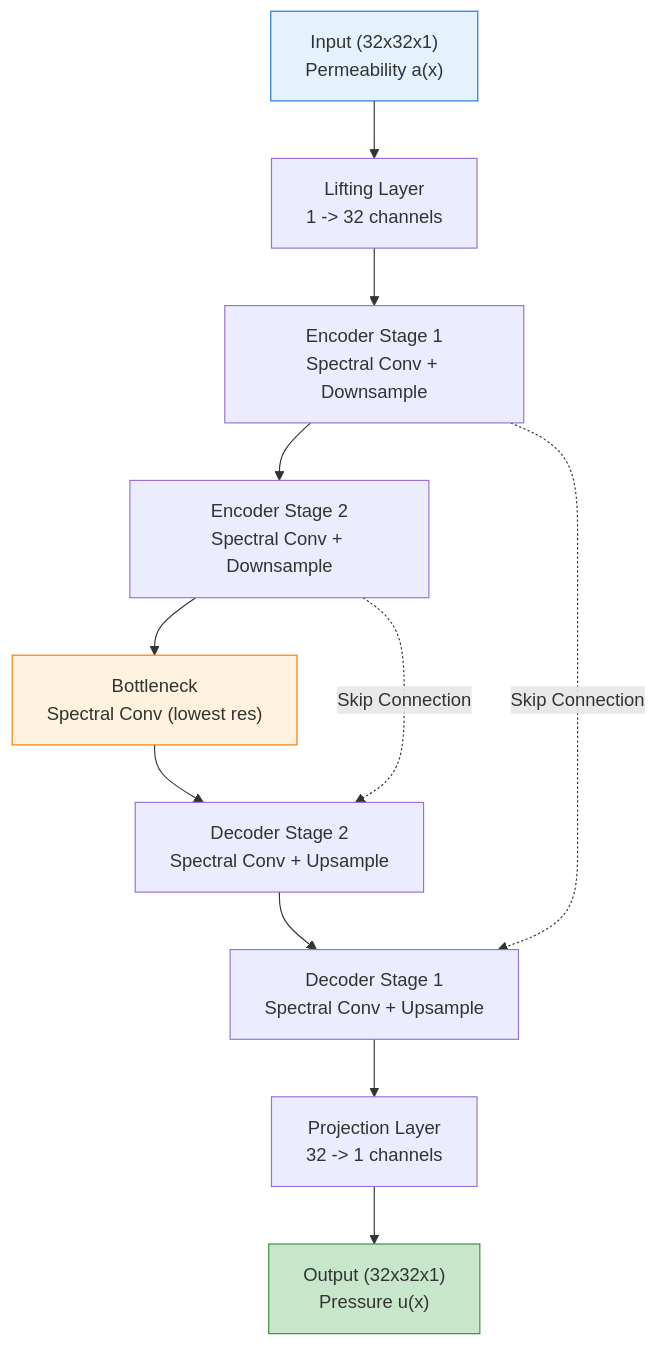
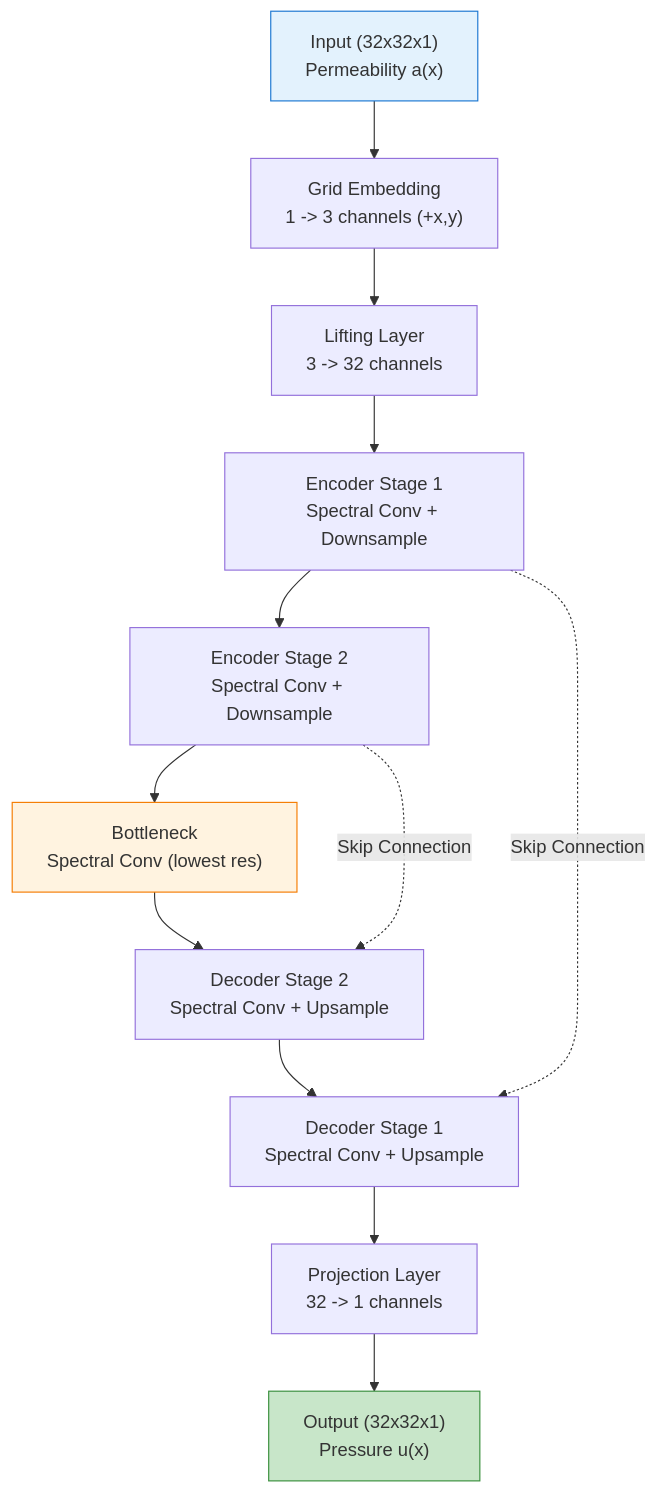
One commit to avitai/opifex changed the diagram in docs/examples/neural-operators/uno-darcy.md. Above: the diagram before and after it, drawn with Mermaid. The commit also changed other lines of this file and 35 other files, not shown here.

````diff
--- a/docs/examples/neural-operators/uno-darcy.md
+++ b/docs/examples/neural-operators/uno-darcy.md
@@ -84,18 +87,19 @@
 ```mermaid
 graph TB
-    A["Input (32x32x1)<br/>Permeability a(x)"] --> B["Lifting Layer<br/>1 -> 32 channels"]
+    A["Input (32x32x1)<br/>Permeability a(x)"] --> A2["Grid Embedding<br/>1 -> 3 channels (+x,y)"]
+    A2 --> B["Lifting Layer<br/>3 -> 32 channels"]
     B --> C["Encoder Stage 1<br/>Spectral Conv + Downsample"]
     C --> D["Encoder Stage 2<br/>Spectral Conv + Downsample"]
     D --> E["Bottleneck<br/>Spectral Conv (lowest res)"]
     E --> F["Decoder Stage 2<br/>Spectral Conv + Upsample"]
     F --> G["Decoder Stage 1<br/>Spectral Conv + Upsample"]
     G --> H["Projection Layer<br/>32 -> 1 channels"]
     H --> I["Output (32x32x1)<br/>Pressure u(x)"]
 
     C -.->|Skip Connection| G
     D -.->|Skip Connection| F
 
     style A fill:#e3f2fd,stroke:#1976d2
     style I fill:#c8e6c9,stroke:#388e3c
     style E fill:#fff3e0,stroke:#f57c00
 ```
````
